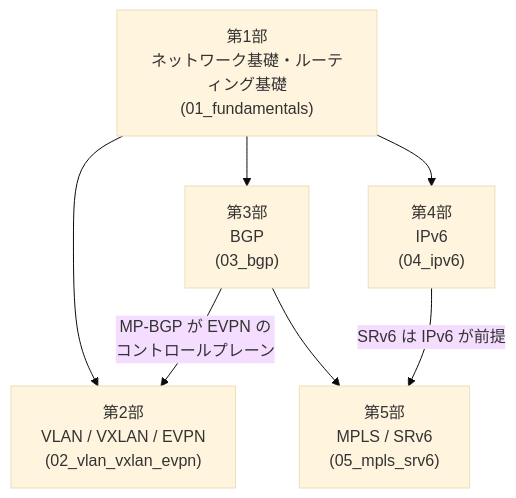
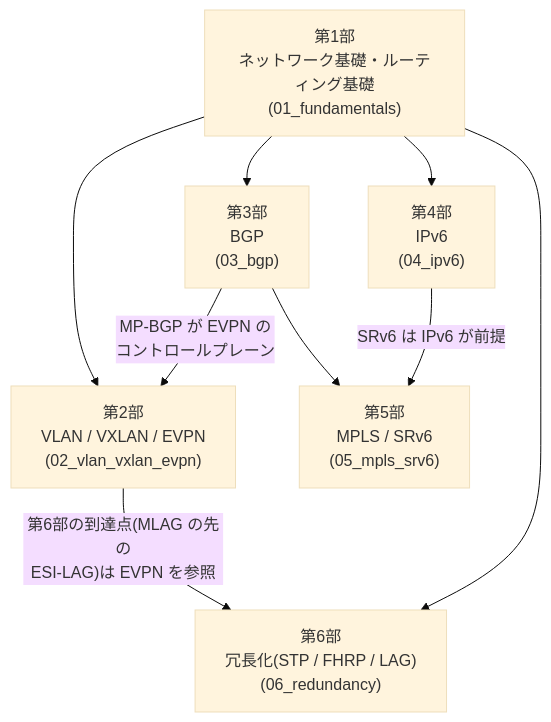
One commit to meg4ne1251/network-textbook changed the diagram in 00_overview/01_roadmap.md. Above: the diagram before and after it, drawn with Mermaid (base theme). The commit also changed other lines of this file and 7 other files, not shown here.

First line of the commit message:
Step 30: LAG/MLAG (06_redundancy/04_lag_mlag.md) を執筆、第6部完結

````diff
--- a/00_overview/01_roadmap.md
+++ b/00_overview/01_roadmap.md
@@ -53,15 +53,18 @@
 ```mermaid
 graph TD
     P1["第1部<br/>ネットワーク基礎・ルーティング基礎<br/>(01_fundamentals)"]
     P2["第2部<br/>VLAN / VXLAN / EVPN<br/>(02_vlan_vxlan_evpn)"]
     P3["第3部<br/>BGP<br/>(03_bgp)"]
     P4["第4部<br/>IPv6<br/>(04_ipv6)"]
     P5["第5部<br/>MPLS / SRv6<br/>(05_mpls_srv6)"]
+    P6["第6部<br/>冗長化(STP / FHRP / LAG)<br/>(06_redundancy)"]
 
     P1 --> P2
     P1 --> P3
     P1 --> P4
+    P1 --> P6
     P3 -->|"MP-BGP が EVPN の<br/>コントロールプレーン"| P2
     P3 --> P5
     P4 -->|"SRv6 は IPv6 が前提"| P5
+    P2 -->|"第6部の到達点(MLAG の先の<br/>ESI-LAG)は EVPN を参照"| P6
 ```
````
